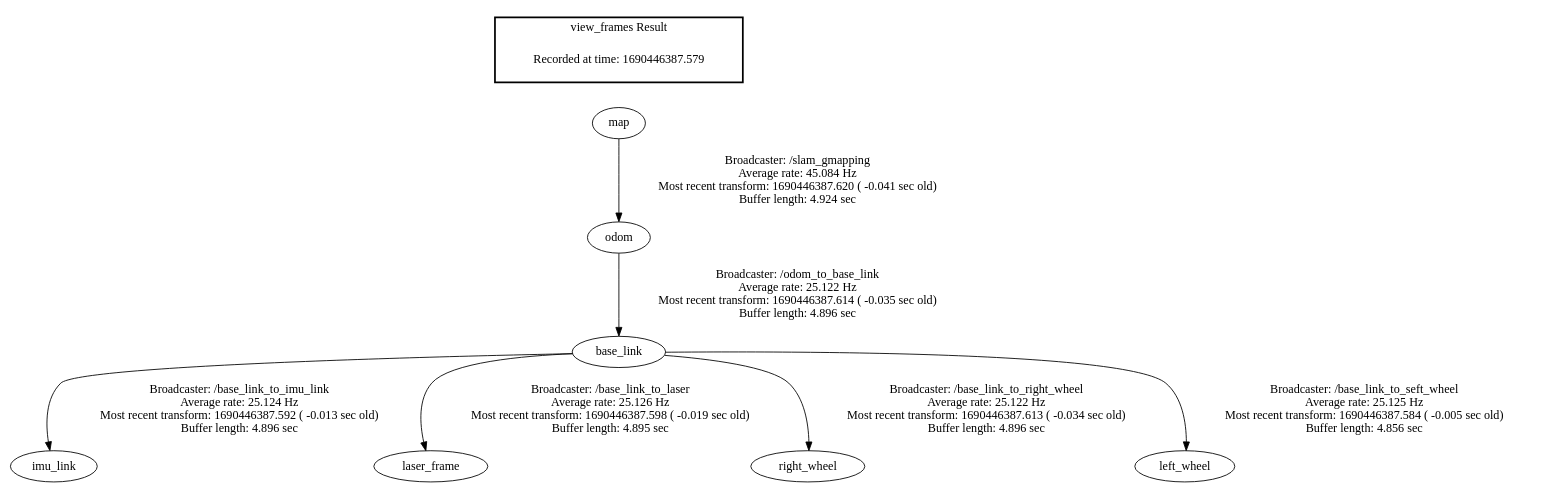
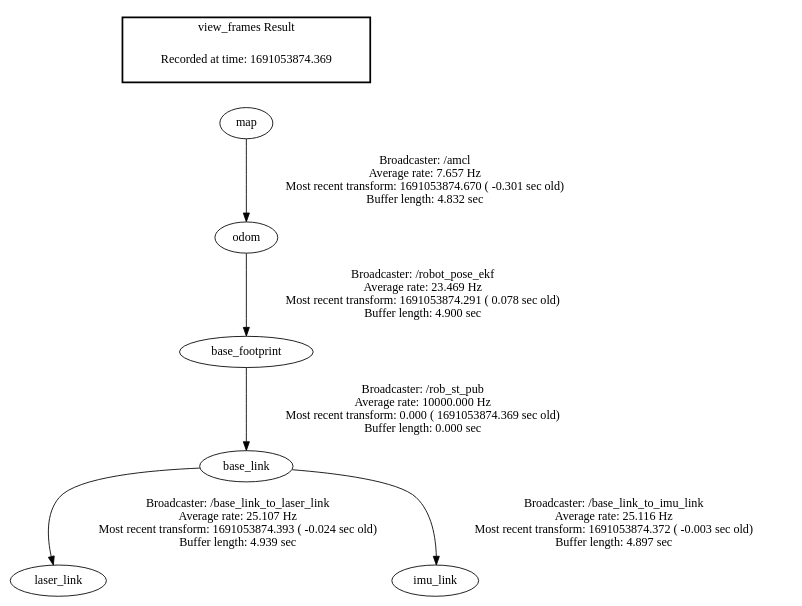
One commit to mulempyo/my_first_ros_robot changed the diagram in frames.gv. Above: the diagram before and after it, drawn with Graphviz. The commit also changed 106 other files, not shown here.

```diff
--- a/frames.gv
+++ b/frames.gv
@@ -1,12 +1,11 @@
 digraph G {
-"base_link" -> "imu_link"[label="Broadcaster: /base_link_to_imu_link\nAverage rate: 25.124 Hz\nMost recent transform: 1690446387.592 ( -0.013 sec old)\nBuffer length: 4.896 sec\n"];
-"odom" -> "base_link"[label="Broadcaster: /odom_to_base_link\nAverage rate: 25.122 Hz\nMost recent transform: 1690446387.614 ( -0.035 sec old)\nBuffer length: 4.896 sec\n"];
-"map" -> "odom"[label="Broadcaster: /slam_gmapping\nAverage rate: 45.084 Hz\nMost recent transform: 1690446387.620 ( -0.041 sec old)\nBuffer length: 4.924 sec\n"];
-"base_link" -> "laser_frame"[label="Broadcaster: /base_link_to_laser\nAverage rate: 25.126 Hz\nMost recent transform: 1690446387.598 ( -0.019 sec old)\nBuffer length: 4.895 sec\n"];
-"base_link" -> "right_wheel"[label="Broadcaster: /base_link_to_right_wheel\nAverage rate: 25.122 Hz\nMost recent transform: 1690446387.613 ( -0.034 sec old)\nBuffer length: 4.896 sec\n"];
-"base_link" -> "left_wheel"[label="Broadcaster: /base_link_to_seft_wheel\nAverage rate: 25.125 Hz\nMost recent transform: 1690446387.584 ( -0.005 sec old)\nBuffer length: 4.856 sec\n"];
+"base_link" -> "laser_link"[label="Broadcaster: /base_link_to_laser_link\nAverage rate: 25.107 Hz\nMost recent transform: 1691053874.393 ( -0.024 sec old)\nBuffer length: 4.939 sec\n"];
+"base_footprint" -> "base_link"[label="Broadcaster: /rob_st_pub\nAverage rate: 10000.000 Hz\nMost recent transform: 0.000 ( 1691053874.369 sec old)\nBuffer length: 0.000 sec\n"];
+"odom" -> "base_footprint"[label="Broadcaster: /robot_pose_ekf\nAverage rate: 23.469 Hz\nMost recent transform: 1691053874.291 ( 0.078 sec old)\nBuffer length: 4.900 sec\n"];
+"map" -> "odom"[label="Broadcaster: /amcl\nAverage rate: 7.657 Hz\nMost recent transform: 1691053874.670 ( -0.301 sec old)\nBuffer length: 4.832 sec\n"];
+"base_link" -> "imu_link"[label="Broadcaster: /base_link_to_imu_link\nAverage rate: 25.116 Hz\nMost recent transform: 1691053874.372 ( -0.003 sec old)\nBuffer length: 4.897 sec\n"];
 edge [style=invis];
  subgraph cluster_legend { style=bold; color=black; label ="view_frames Result";
-"Recorded at time: 1690446387.579"[ shape=plaintext ] ;
+"Recorded at time: 1691053874.369"[ shape=plaintext ] ;
  }->"map";
 }
```
